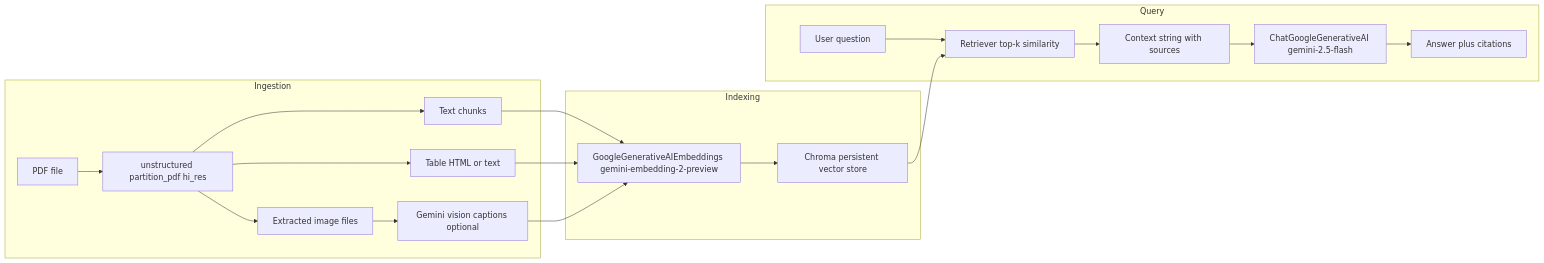
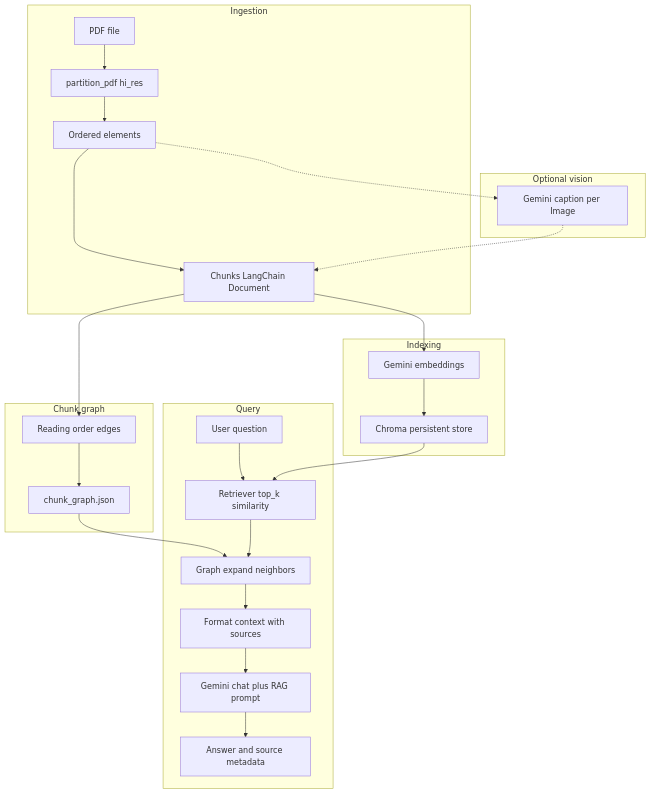
The first of 9 diagrams in docs/architecture.md (nishant5790/multi-model-rag), drawn with Mermaid before and after one commit. The commit also changed other lines of this file and 5 other files, not shown here.

Commit message:
adding graph implementation

````diff
--- a/docs/architecture.md
+++ b/docs/architecture.md
@@ -7,38 +7,41 @@
 ```mermaid
-flowchart LR
+flowchart TB
     subgraph ingest [Ingestion]
         PDF[PDF file]
-        UP[unstructured partition_pdf hi_res]
-        TXT[Text chunks]
-        TBL[Table HTML or text]
-        IMG[Extracted image files]
-        CAP[Gemini vision captions optional]
-        PDF --> UP
-        UP --> TXT
-        UP --> TBL
-        UP --> IMG
-        IMG --> CAP
+        UP[partition_pdf hi_res]
+        EL[Ordered elements]
+        CH[Chunks LangChain Document]
+        PDF --> UP --> EL --> CH
+    end
+
+    subgraph vision [Optional vision]
+        CAP[Gemini caption per Image]
+        EL -.-> CAP
+        CAP -.-> CH
+    end
+
+    subgraph graphBuild [Chunk graph]
+        GR[Reading order edges]
+        CH --> GR
+        GR --> JSON[chunk_graph.json]
     end
 
     subgraph index [Indexing]
-        EMB[GoogleGenerativeAIEmbeddings gemini-embedding-2-preview]
-        VS[Chroma persistent vector store]
-        TXT --> EMB
-        TBL --> EMB
-        CAP --> EMB
-        EMB --> VS
+        EMB[Gemini embeddings]
+        VS[Chroma persistent store]
+        CH --> EMB --> VS
     end
 
     subgraph query [Query]
         Q[User question]
-        R[Retriever top-k similarity]
-        CTX[Context string with sources]
-        CHAT[ChatGoogleGenerativeAI gemini-2.5-flash]
-        A[Answer plus citations]
-        Q --> R
-        VS --> R
-        R --> CTX
-        CTX --> CHAT
-        CHAT --> A
+        RET[Retriever top_k similarity]
+        EXP[Graph expand neighbors]
+        CTX[Format context with sources]
+        GEN[Gemini chat plus RAG prompt]
+        A[Answer and source metadata]
+        Q --> RET
+        VS --> RET
+        JSON --> EXP
+        RET --> EXP --> CTX --> GEN --> A
     end
 ```
````
